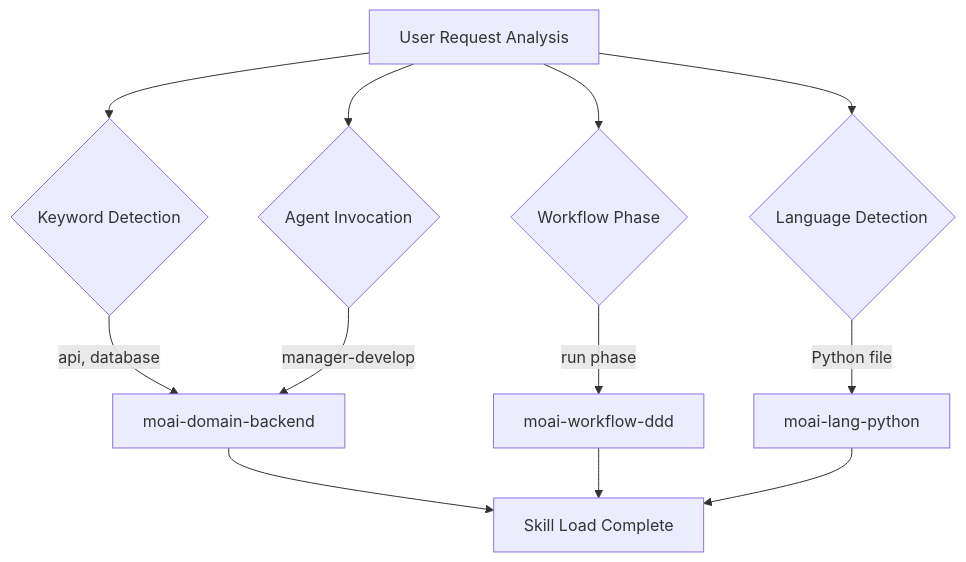
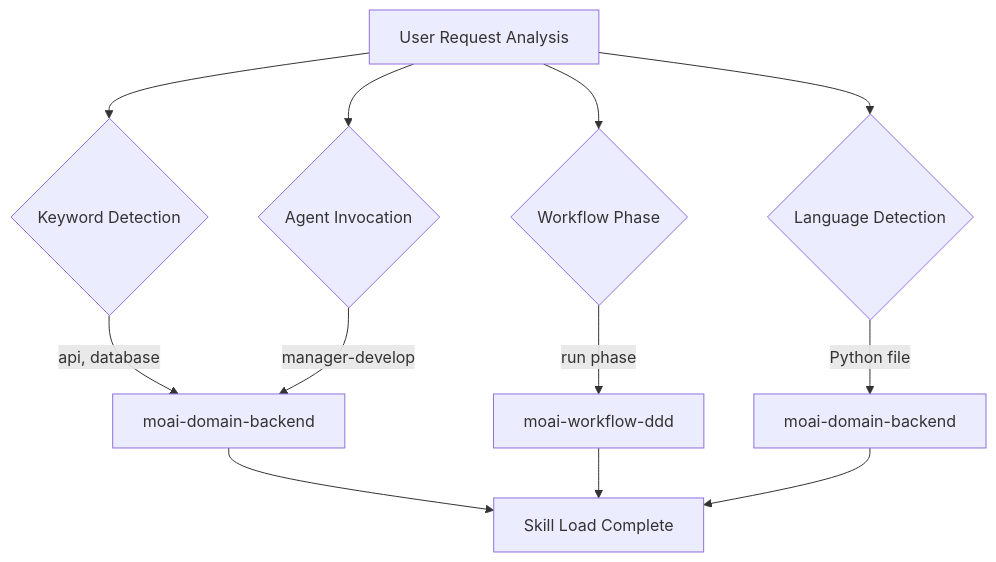
The third of 4 diagrams in docs-site/content/en/advanced/skill-guide.md (modu-ai/moai-adk), drawn with Mermaid before and after one commit. The commit also changed other lines of this file and 19 other files, not shown here.

````diff
--- a/docs-site/content/en/advanced/skill-guide.md
+++ b/docs-site/content/en/advanced/skill-guide.md
@@ -175,16 +176,16 @@
 ```mermaid
 flowchart TD
     REQ[User Request Analysis] --> KW{Keyword Detection}
     REQ --> AG{Agent Invocation}
     REQ --> PH{Workflow Phase}
     REQ --> LN{Language Detection}
 
     KW -->|"api, database"| SKILL1[moai-domain-backend]
     AG -->|"manager-develop"| SKILL1
     PH -->|"run phase"| SKILL2[moai-workflow-ddd]
-    LN -->|"Python file"| SKILL3[moai-lang-python]
+    LN -->|"Python file"| SKILL3[moai-domain-backend]
 
     SKILL1 --> LOAD[Skill Load Complete]
     SKILL2 --> LOAD
     SKILL3 --> LOAD
 ```
````
